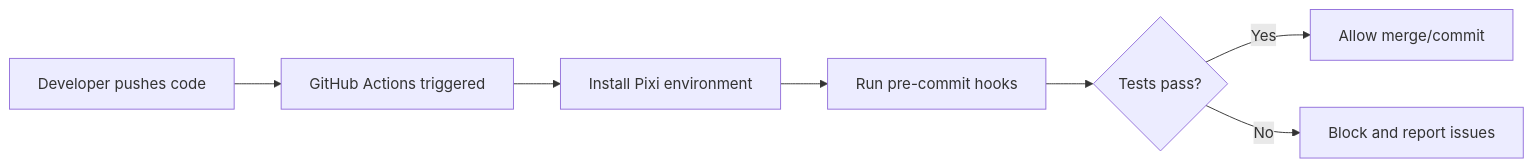
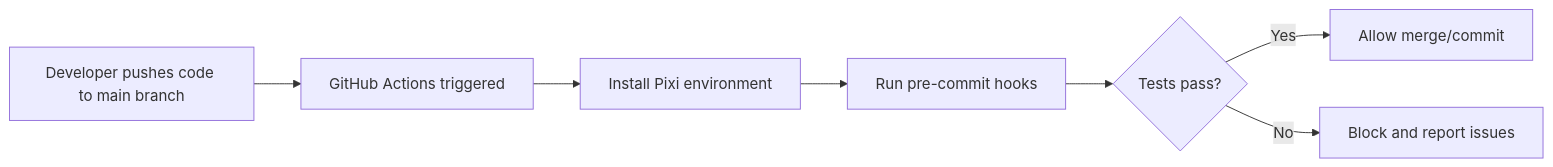
One commit to LlorensRicoLab/synthetic-metagenome changed the diagram in docs/TESTING.md. Above: the diagram before and after it, drawn with Mermaid. The commit also changed other lines of this file and 6 other files, not shown here.

````diff
--- a/docs/TESTING.md
+++ b/docs/TESTING.md
@@ -342,9 +241,9 @@
 ```mermaid
 graph LR
-    A[Developer pushes code] --> B[GitHub Actions triggered]
+    A[Developer pushes code to main branch] --> B[GitHub Actions triggered]
     B --> C[Install Pixi environment]
     C --> D[Run pre-commit hooks]
     D --> E{Tests pass?}
     E -->|Yes| F[Allow merge/commit]
     E -->|No| G[Block and report issues]
 ```
````
